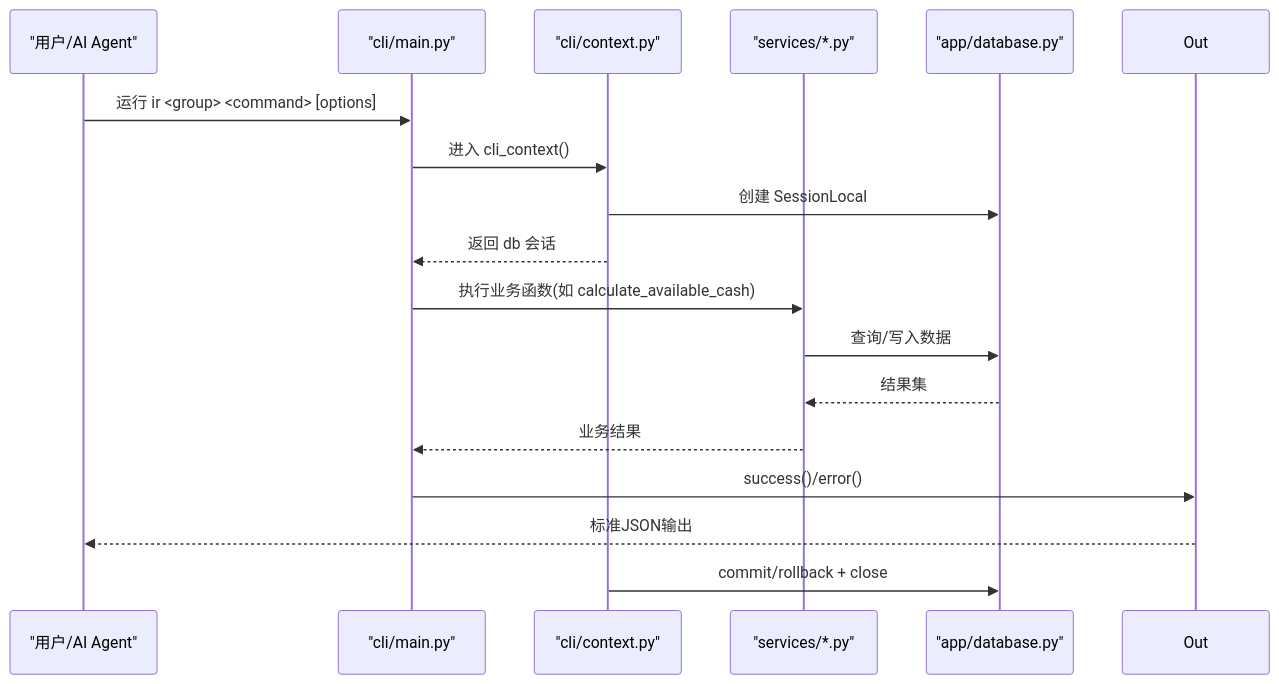
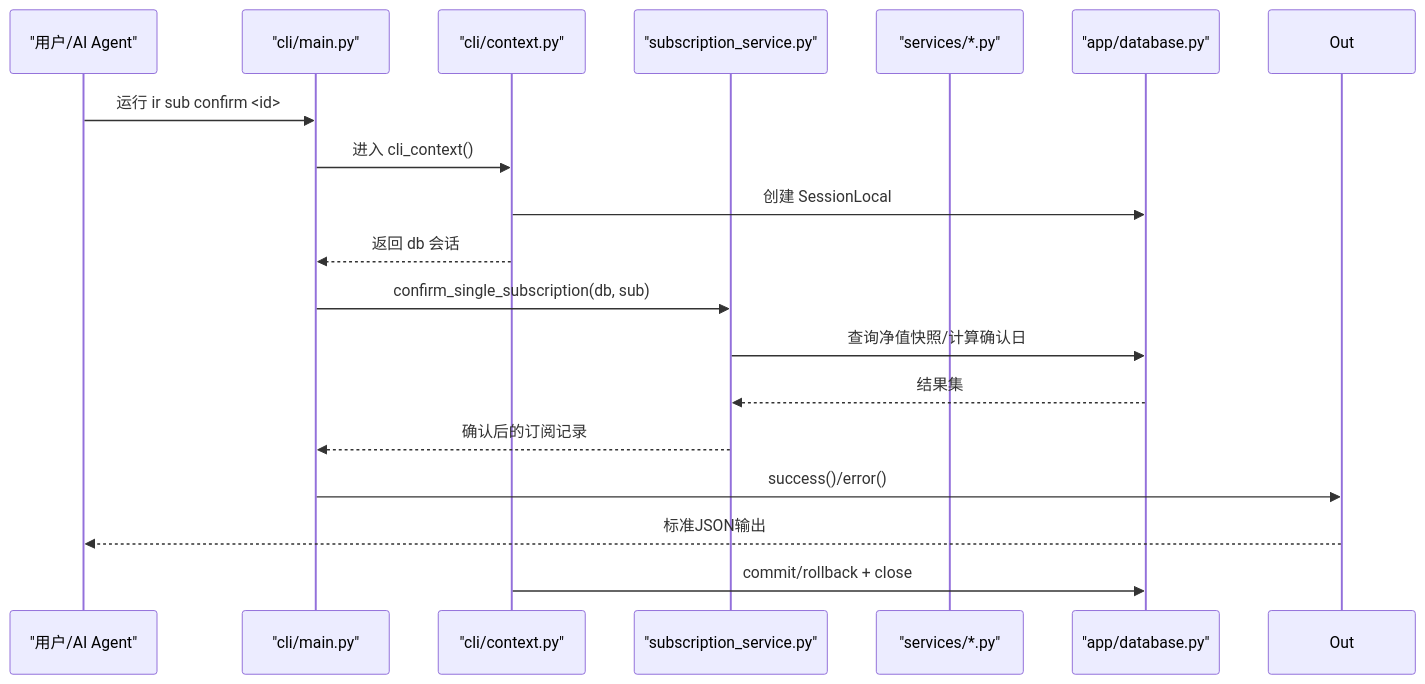
The second of 9 diagrams in .qoder/repowiki/zh/content/开发指南/InvestRing Admin CLI 工具.md (gujialind/InvestRing), drawn with Mermaid before and after one commit. The commit also changed other lines of this file and 39 other files, not shown here.

````diff
--- a/.qoder/repowiki/zh/content/开发指南/InvestRing Admin CLI 工具.md
+++ b/.qoder/repowiki/zh/content/开发指南/InvestRing Admin CLI 工具.md
@@ -107,19 +124,20 @@
 ```mermaid
 sequenceDiagram
 participant User as "用户/AI Agent"
 participant CLI as "cli/main.py"
 participant Ctx as "cli/context.py"
+participant SubSvc as "subscription_service.py"
 participant Svc as "services/*.py"
 participant DB as "app/database.py"
-User->>CLI : 运行 ir <group> <command> [options]
+User->>CLI : 运行 ir sub confirm <id>
 CLI->>Ctx : 进入 cli_context()
 Ctx->>DB : 创建 SessionLocal
 Ctx-->>CLI : 返回 db 会话
-CLI->>Svc : 执行业务函数(如 calculate_available_cash)
-Svc->>DB : 查询/写入数据
-DB-->>Svc : 结果集
-Svc-->>CLI : 业务结果
+CLI->>SubSvc : confirm_single_subscription(db, sub)
+SubSvc->>DB : 查询净值快照/计算确认日
+DB-->>SubSvc : 结果集
+SubSvc-->>CLI : 确认后的订阅记录
 CLI->>Out : success()/error()
 Out-->>User : 标准JSON输出
 Ctx->>DB : commit/rollback + close
 ```
````
